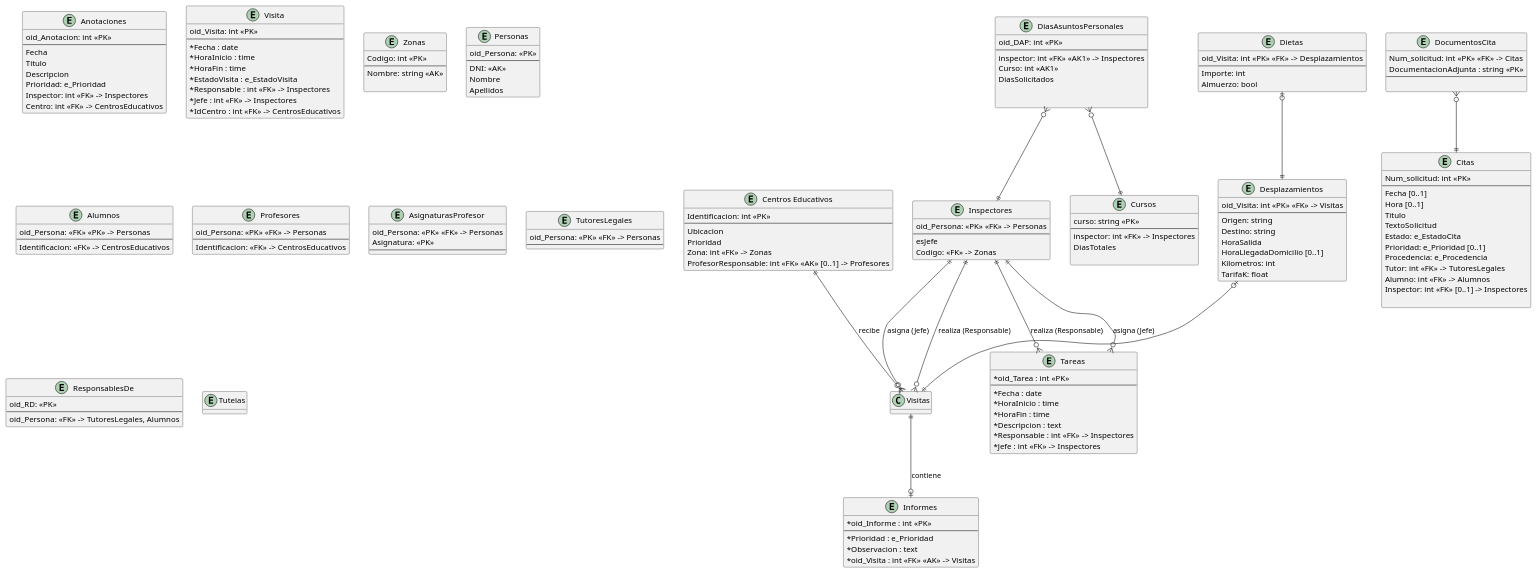
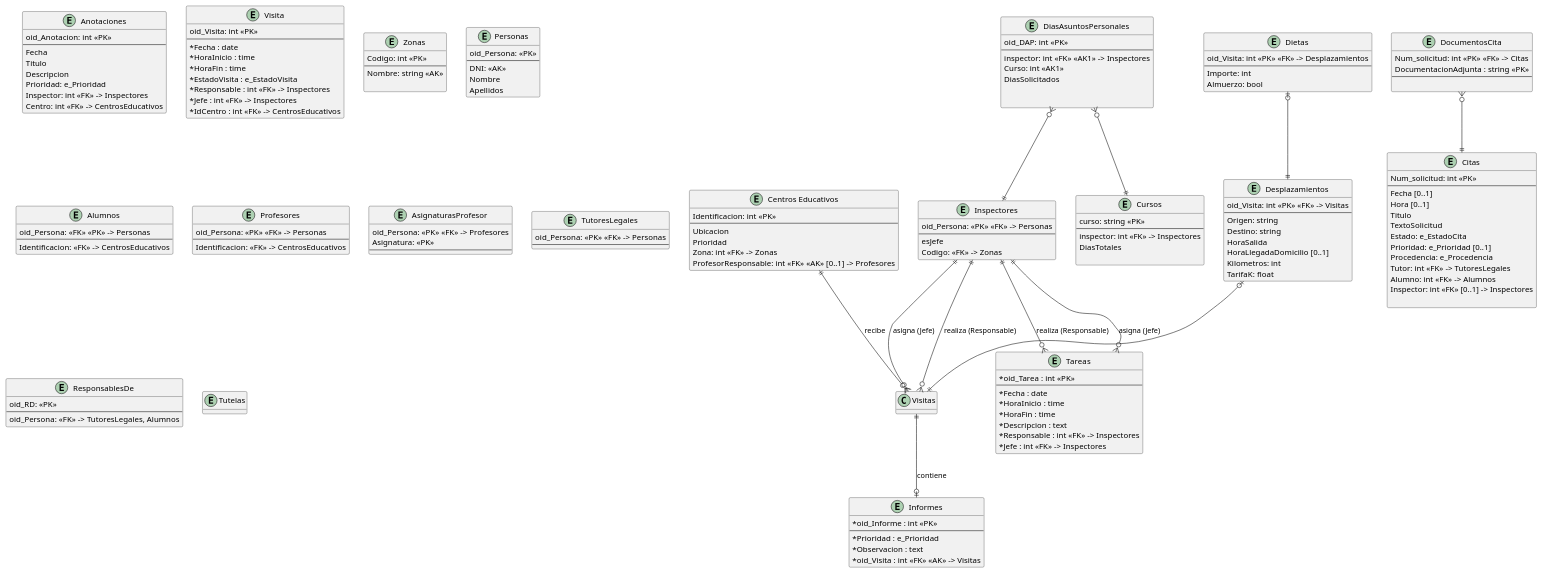
The diagram in modelado/modelado_relacional.puml (lorenzomaranon/ProyectoBD_Inspeccion_Educativa), drawn with PlantUML before and after one commit.

Commit message:
Modifica relación asignaturasprofesor

```diff
--- a/modelado/modelado_relacional.puml
+++ b/modelado/modelado_relacional.puml
@@ -1,195 +1,195 @@
 @startuml modelado_relacional
 hide methods
 skinparam ClassAttributeIconSize 0
 
 
 entity "Centros Educativos" as CentrosEducativos {
     Identificacion: int <<PK>>
     --
     Ubicacion
     Prioridad
     Zona: int <<FK>> -> Zonas
     ProfesorResponsable: int <<FK>> <<AK>> [0..1] -> Profesores
 }
 
 
 entity DocumentosCita {
     Num_solicitud: int <<PK>> <<FK>> -> Citas
     DocumentacionAdjunta : string <<PK>>
     --
      
 }
 entity Citas {
     Num_solicitud: int <<PK>> 
     --
     Fecha [0..1]
     Hora [0..1]
     Titulo
     TextoSolicitud
     Estado: e_EstadoCita
     Prioridad: e_Prioridad [0..1]
     Procedencia: e_Procedencia
     Tutor: int <<FK>> -> TutoresLegales
     Alumno: int <<FK>> -> Alumnos
     Inspector: int <<FK>> [0..1] -> Inspectores
 
 }
 
 entity Anotaciones {
     oid_Anotacion: int <<PK>>
     --
     Fecha
     Titulo
     Descripcion
     Prioridad: e_Prioridad
     Inspector: int <<FK>> -> Inspectores
     Centro: int <<FK>> -> CentrosEducativos
 }
 
 
 
 entity Visita {
     oid_Visita: int <<PK>>
     --
     *Fecha : date
     *HoraInicio : time
     *HoraFin : time
     *EstadoVisita : e_EstadoVisita
     *Responsable : int <<FK>> -> Inspectores
     *Jefe : int <<FK>> -> Inspectores
     *IdCentro : int <<FK>> -> CentrosEducativos
 }
 
 entity Informes {
     *oid_Informe : int <<PK>>
     --
     *Prioridad : e_Prioridad
     *Observacion : text
     *oid_Visita : int <<FK>> <<AK>> -> Visitas
 }
 
 entity Tareas {
     *oid_Tarea : int <<PK>>
     --
     *Fecha : date
     *HoraInicio : time
     *HoraFin : time
     *Descripcion : text
     *Responsable : int <<FK>> -> Inspectores
     *Jefe : int <<FK>> -> Inspectores
 }
 
 
 
 entity Zonas {
     Codigo: int <<PK>>
     --
     Nombre: string <<AK>>
     
 }
 
 entity Personas {
     oid_Persona: <<PK>>
     --
     DNI: <<AK>>
     Nombre
     Apellidos
 }
 
 entity Inspectores {
     oid_Persona: <<PK>> <<FK>> -> Personas
     --
     esJefe
     Codigo: <<FK>> -> Zonas
 }
 entity Alumnos {
     oid_Persona: <<FK>> <<PK>> -> Personas
     --
     Identificacion: <<FK>> -> CentrosEducativos
 }
 
 entity Profesores {
     oid_Persona: <<PK>> <<FK>> -> Personas
     --
     Identificacion: <<FK>> -> CentrosEducativos
 }
 
 entity AsignaturasProfesor {
-    oid_Persona: <<PK>> <<FK>> -> Personas
+    oid_Persona: <<PK>> <<FK>> -> Profesores
     Asignatura: <<PK>>
     --
 }
 
 entity TutoresLegales {
     oid_Persona: <<PK>> <<FK>> -> Personas
     --
 }
 
 entity ResponsablesDe {
     oid_RD: <<PK>>
     --
     oid_Persona: <<FK>> -> TutoresLegales, Alumnos
 }
 
 entity Tutelas {
 
 }
 
 Inspectores ||--o{ Visitas : realiza (Responsable)
 Inspectores ||--o{ Visitas : asigna (Jefe)
 Inspectores ||--o{ Tareas : realiza (Responsable)
 Inspectores ||--o{ Tareas : asigna (Jefe)
 CentrosEducativos ||--o{ Visitas : recibe
 Visitas ||--o| Informes : contiene
 
 
 entity Desplazamientos {
     oid_Visita: int <<PK>> <<FK>> -> Visitas
     --
     Origen: string
     Destino: string
     HoraSalida
     HoraLlegadaDomicilio [0..1]
     Kilometros: int
     TarifaK: float
 }
 
 
 entity Dietas {
     oid_Visita: int <<PK>> <<FK>> -> Desplazamientos
     --
     Importe: int
     Almuerzo: bool
 }
 
 
 Desplazamientos |o--||Visitas
 Dietas |o--||Desplazamientos
 
 
 entity DiasAsuntosPersonales {
     oid_DAP: int <<PK>>
     --
     inspector: int <<FK>> <<AK1>> -> Inspectores
     Curso: int <<AK1>>
     DiasSolicitados
     
     
 }
 
 
 entity Cursos {
     curso: string <<PK>>
     --
     inspector: int <<FK>> -> Inspectores
     DiasTotales
 
 }
 
 DiasAsuntosPersonales }o--||Cursos
 DiasAsuntosPersonales }o--||Inspectores
 
 '------- ASOCIACIONES --------------------------------------
 DocumentosCita }o--|| Citas
 
 @enduml
```
